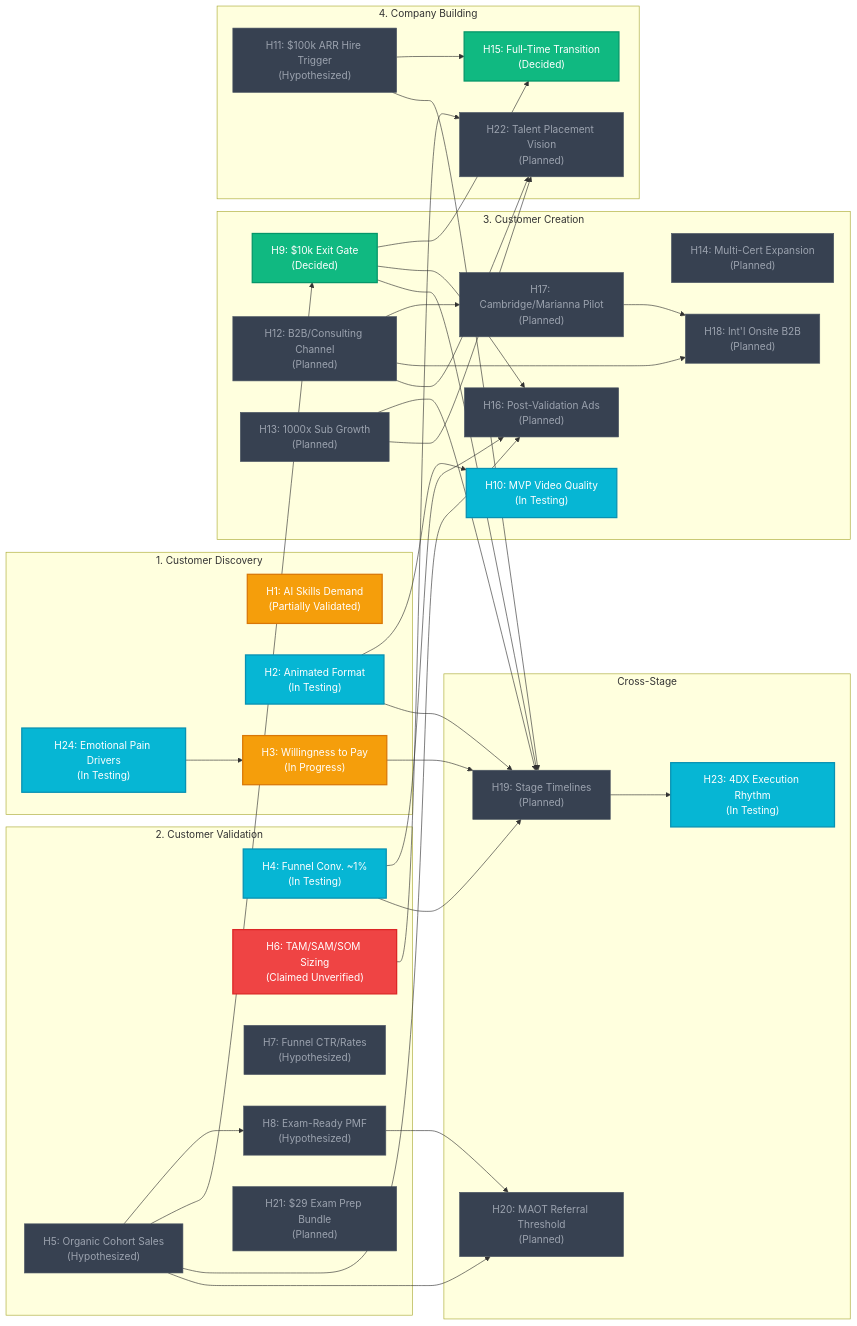
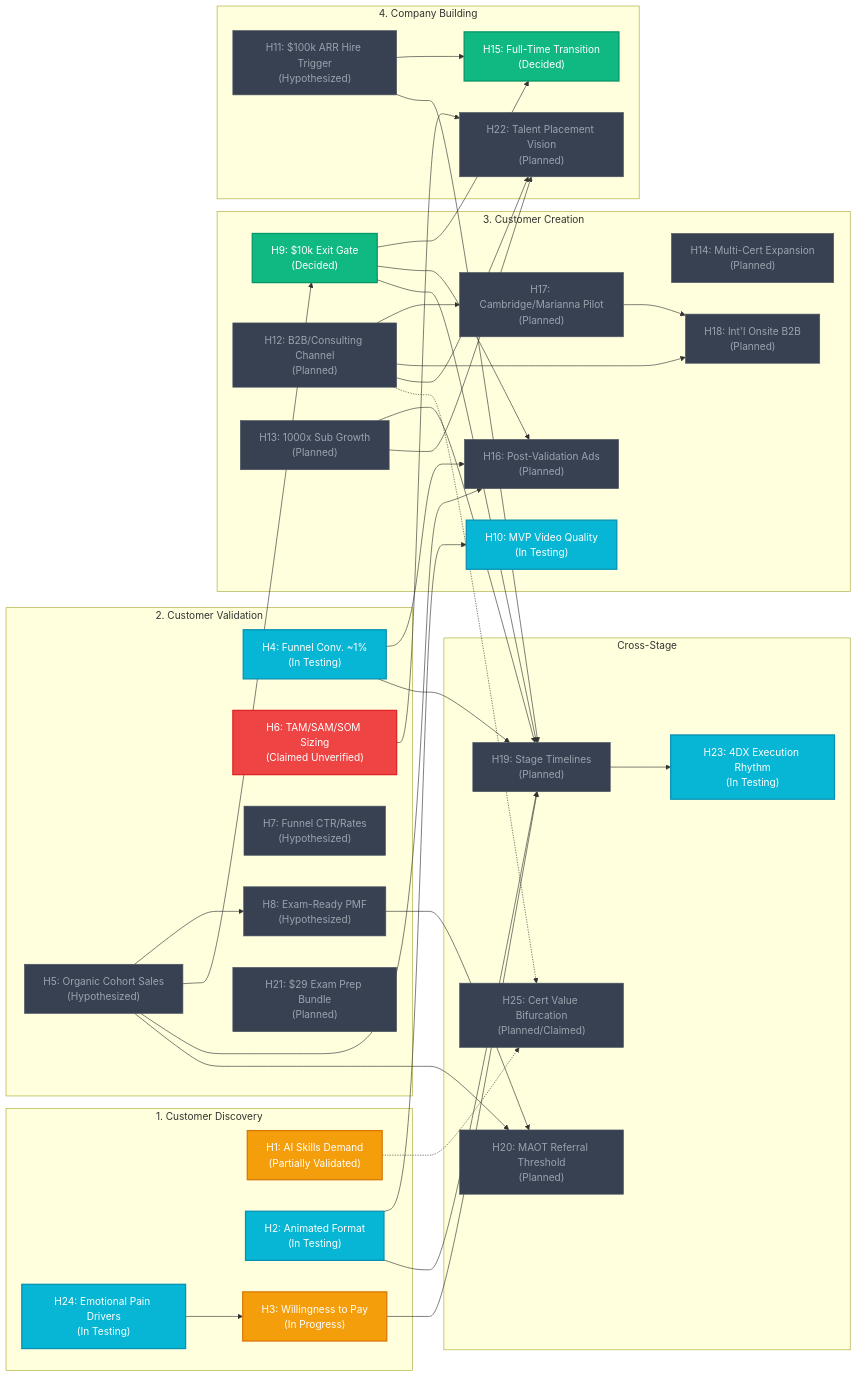
Before and after one commit to rifaterdemsahin/AI-Certification-Customer-Development: the diagram in HYPOTHESIS.md, drawn with Mermaid. The commit also changed other lines of this file and 10 other files, not shown here.

````diff
--- a/HYPOTHESIS.md
+++ b/HYPOTHESIS.md
@@ -9,74 +9,77 @@
 ```mermaid
 flowchart LR
     %% Styles
     classDef validated fill:#10b981,stroke:#059669,stroke-width:2px,color:#fff;
     classDef testing fill:#06b6d4,stroke:#0891b2,stroke-width:2px,color:#fff;
     classDef progress fill:#f59e0b,stroke:#d97706,stroke-width:2px,color:#fff;
     classDef unverified fill:#ef4444,stroke:#dc2626,stroke-width:2px,color:#fff;
     classDef planned fill:#374151,stroke:#4b5563,stroke-width:1px,color:#9ca3af;
 
     subgraph Discovery ["1. Customer Discovery"]
         H1["H1: AI Skills Demand<br>(Partially Validated)"]:::progress
         H2["H2: Animated Format<br>(In Testing)"]:::testing
         H3["H3: Willingness to Pay<br>(In Progress)"]:::progress
         H24["H24: Emotional Pain Drivers<br>(In Testing)"]:::testing
     end
 
     subgraph Validation ["2. Customer Validation"]
         H4["H4: Funnel Conv. ~1%<br>(In Testing)"]:::testing
         H5["H5: Organic Cohort Sales<br>(Hypothesized)"]:::planned
         H6["H6: TAM/SAM/SOM Sizing<br>(Claimed Unverified)"]:::unverified
         H7["H7: Funnel CTR/Rates<br>(Hypothesized)"]:::planned
         H8["H8: Exam-Ready PMF<br>(Hypothesized)"]:::planned
         H21["H21: $29 Exam Prep Bundle<br>(Planned)"]:::planned
     end
 
     subgraph Creation ["3. Customer Creation"]
         H9["H9: $10k Exit Gate<br>(Decided)"]:::validated
         H10["H10: MVP Video Quality<br>(In Testing)"]:::testing
         H12["H12: B2B/Consulting Channel<br>(Planned)"]:::planned
         H13["H13: 1000x Sub Growth<br>(Planned)"]:::planned
         H14["H14: Multi-Cert Expansion<br>(Planned)"]:::planned
         H16["H16: Post-Validation Ads<br>(Planned)"]:::planned
         H17["H17: Cambridge/Marianna Pilot<br>(Planned)"]:::planned
         H18["H18: Int'l Onsite B2B<br>(Planned)"]:::planned
     end
 
     subgraph Building ["4. Company Building"]
         H11["H11: $100k ARR Hire Trigger<br>(Hypothesized)"]:::planned
         H15["H15: Full-Time Transition<br>(Decided)"]:::validated
         H22["H22: Talent Placement Vision<br>(Planned)"]:::planned
     end
 
     subgraph CrossStage ["Cross-Stage"]
         H19["H19: Stage Timelines<br>(Planned)"]:::planned
         H20["H20: MAOT Referral Threshold<br>(Planned)"]:::planned
         H23["H23: 4DX Execution Rhythm<br>(In Testing)"]:::testing
+        H25["H25: Cert Value Bifurcation<br>(Planned/Claimed)"]:::planned
     end
 
     %% Dependencies
     H2 --> H10
     H2 --> H19
     H3 --> H19
     H24 --> H3
     H4 --> H16
     H4 --> H19
     H5 --> H8
     H5 --> H9
     H5 --> H16
     H9 --> H15
     H9 --> H16
     H9 --> H19
     H11 --> H15
     H11 --> H19
     H12 --> H17
     H12 --> H18
     H13 --> H19
     H17 --> H18
     H5 --> H20
     H8 --> H20
     H12 --> H22
     H6 --> H22
     H13 --> H22
     H19 --> H23
+    H1 -.-> H25
+    H12 -.-> H25
 ```
````
